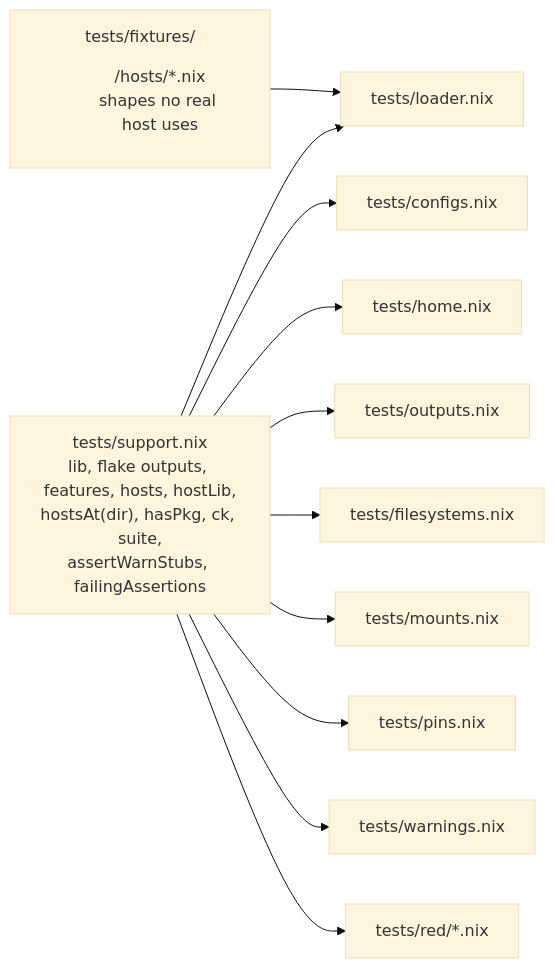
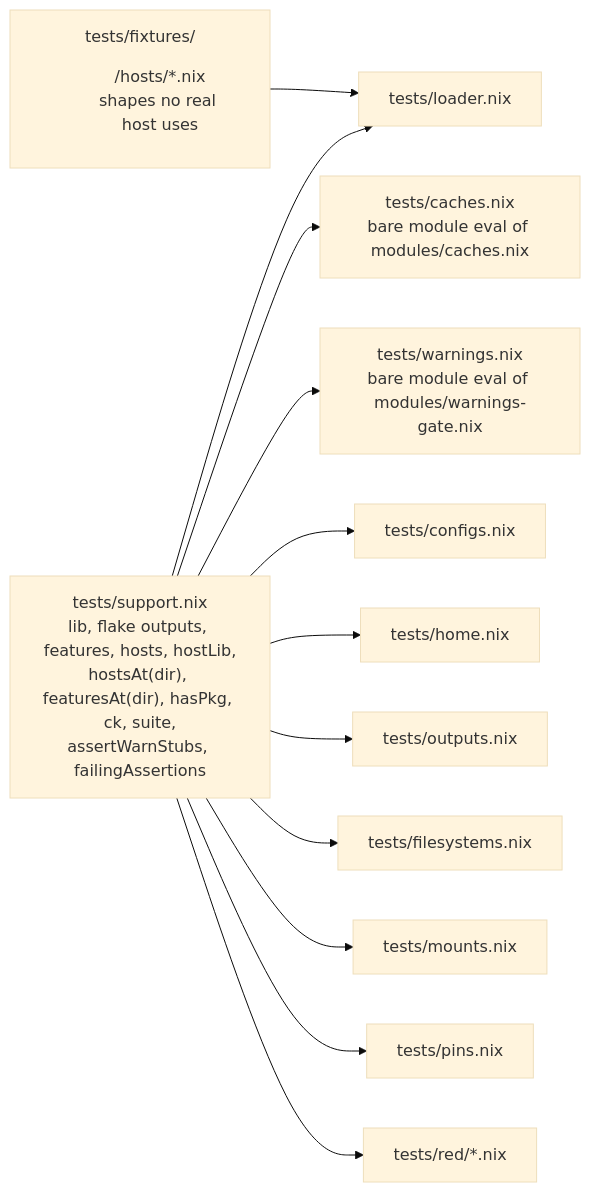
The second of 5 diagrams in TEST_DESIGN.md (WombatFromHell/automatic-palm-tree), drawn with Mermaid (base theme) before and after one commit. The commit also changed other lines of this file and 8 other files, not shown here.

````diff
--- a/TEST_DESIGN.md
+++ b/TEST_DESIGN.md
@@ -22,13 +30,14 @@
 ```mermaid
 flowchart LR
-  S["tests/support.nix<br/>lib, flake outputs, features, hosts, hostLib,<br/>hostsAt(dir), hasPkg, ck, suite,<br/>assertWarnStubs, failingAssertions"] --> L["tests/loader.nix"]
+  S["tests/support.nix<br/>lib, flake outputs, features, hosts, hostLib,<br/>hostsAt(dir), featuresAt(dir), hasPkg, ck, suite,<br/>assertWarnStubs, failingAssertions"] --> L["tests/loader.nix"]
+  S --> CA["tests/caches.nix<br/>bare module eval of modules/caches.nix"]
+  S --> WA["tests/warnings.nix<br/>bare module eval of modules/warnings-gate.nix"]
   S --> C["tests/configs.nix"]
   S --> H["tests/home.nix"]
   S --> O["tests/outputs.nix"]
   S --> F["tests/filesystems.nix"]
   S --> M["tests/mounts.nix"]
   S --> PI["tests/pins.nix"]
-  S --> WA["tests/warnings.nix"]
   S --> RD["tests/red/*.nix"]
   FX["tests/fixtures/<dir>/hosts/*.nix<br/>shapes no real host uses"] --> L
 ```
````
